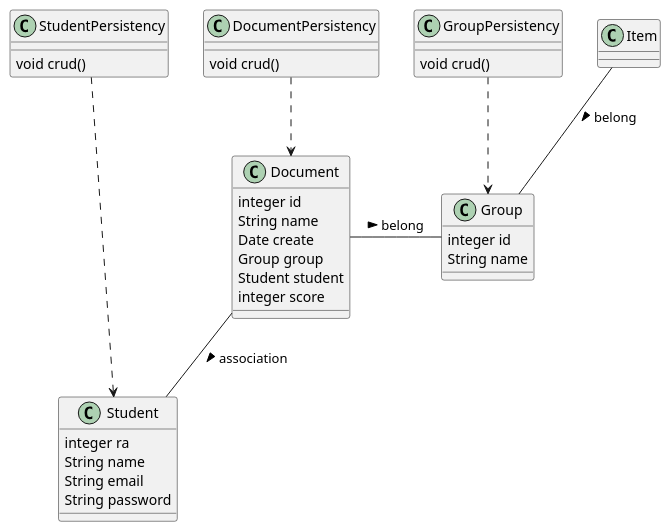
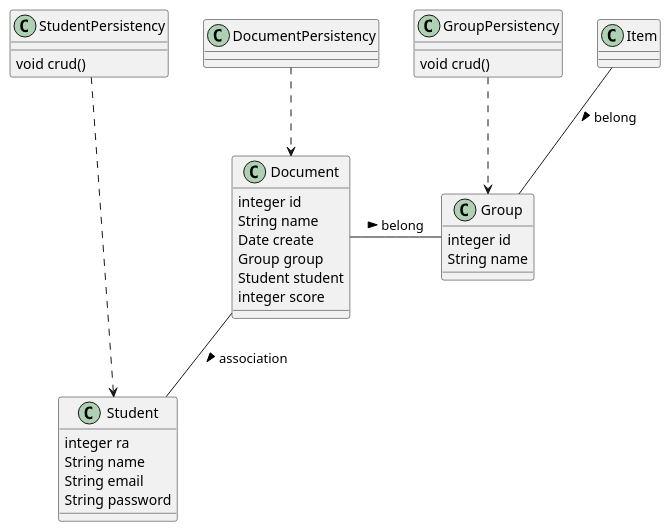
The diagram in items/Professor/ProfessorHome/ProfessorHome.wsd (rodrigoRolim/complementary-activities), drawn with PlantUML before and after one commit. The commit also changed 12 other files, not shown here.

```diff
--- a/items/Professor/ProfessorHome/ProfessorHome.wsd
+++ b/items/Professor/ProfessorHome/ProfessorHome.wsd
@@ -1,35 +1,33 @@
 @startuml
 Class Document {
  integer id
  String name
  Date create
  Group group
  Student student
  integer score
 }
-Class DocumentPersistency {
- void crud()
-}
+
 Class Student {
  integer ra
  String name
  String email
  String password
 }
 Class StudentPersistency {
   void crud()
 }
 Class Group {
  integer id
  String name
 }
 Class GroupPersistency {
   void crud()
 }
 Document - Group: belong >
 Item -- Group: belong >
 GroupPersistency ..> Group
 DocumentPersistency ..> Document
 Document -- Student: association >
 StudentPersistency ...> Student
 @enduml
```
